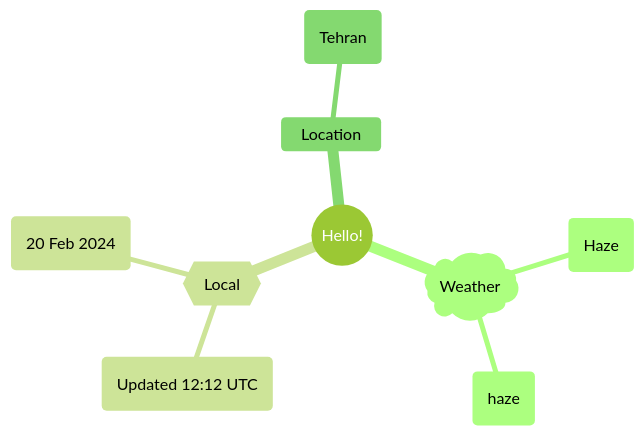
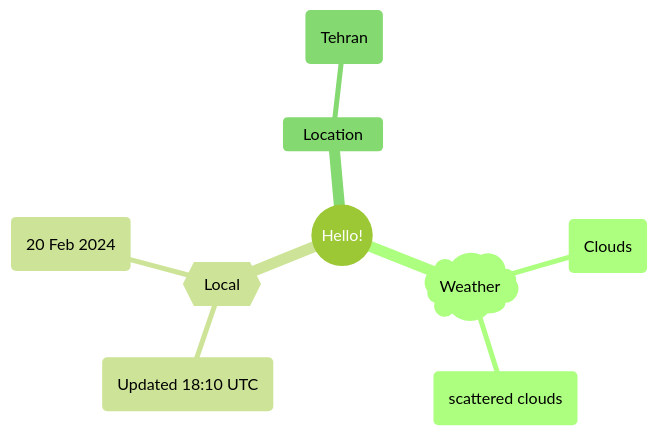
One commit to Xosrov/Xosrov changed the first of 2 diagrams in README.md. Above: the diagram before and after it, drawn with Mermaid (forest theme).

Commit message:
[bot] updated images

````diff
--- a/README.md
+++ b/README.md
@@ -3,12 +3,12 @@
 ```mermaid
 mindmap
   root((Hello!))
     )Weather(
-        (Haze)
-        (haze)
+        (Clouds)
+        (scattered clouds)
     {{Local}}
-        (Updated 12:12 UTC)
+        (Updated 18:10 UTC)
         (20 Feb 2024)
     Location
         (Tehran)
 ```
````
